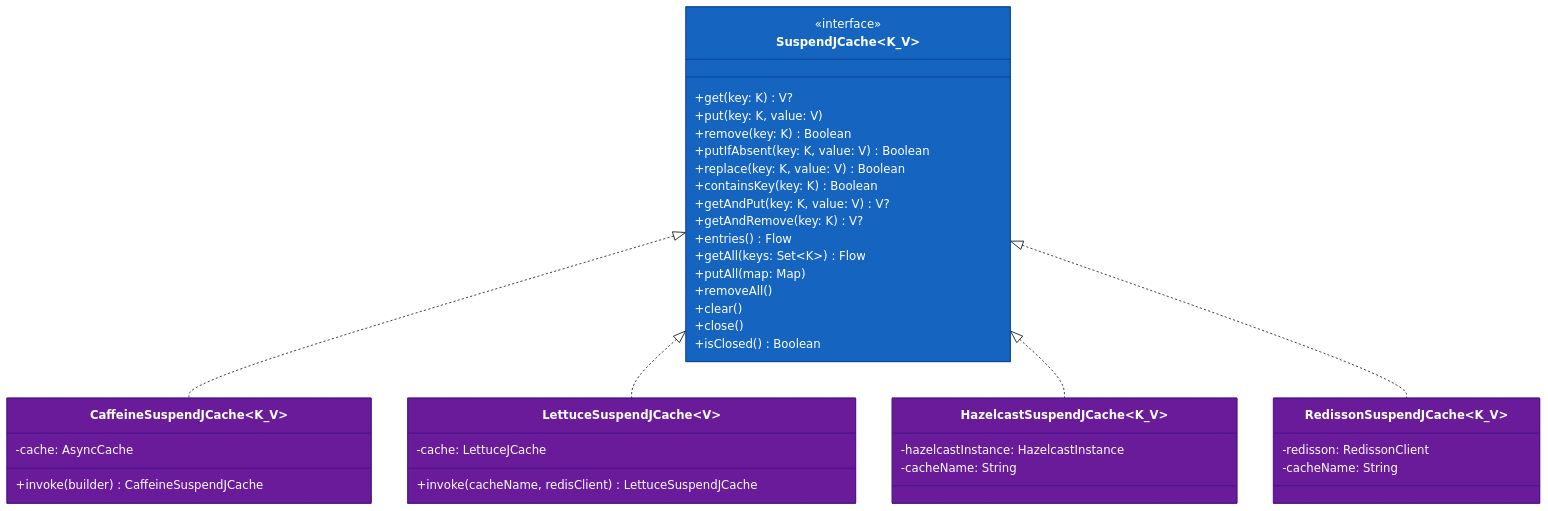
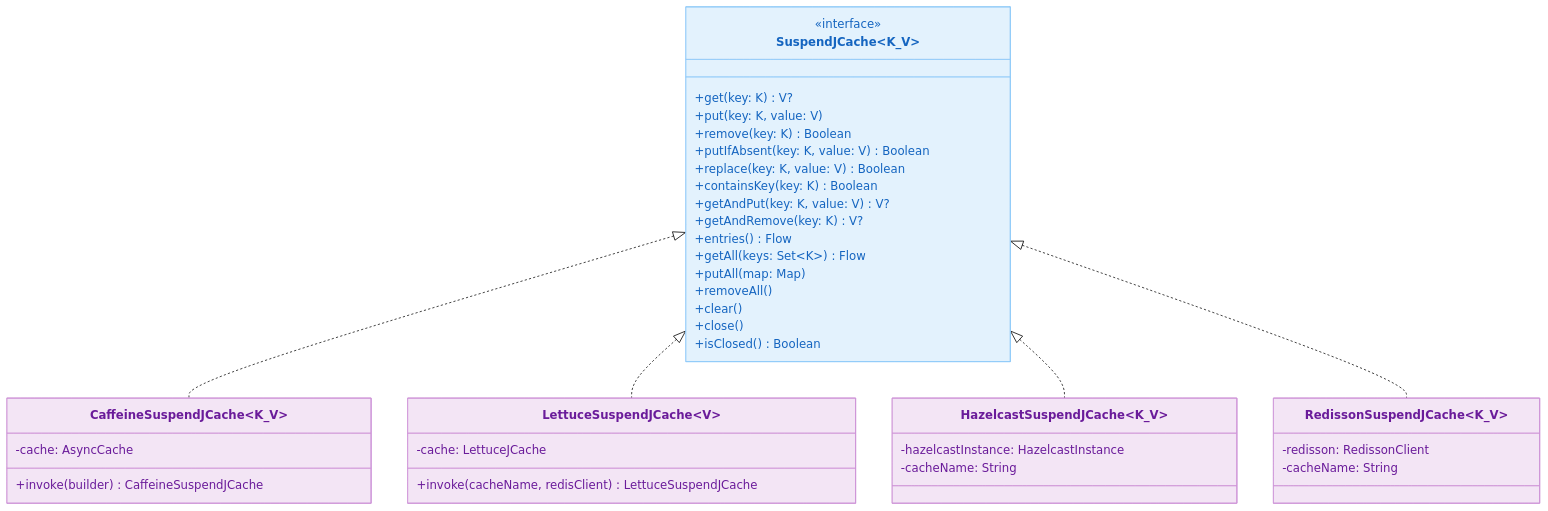
One commit to bluetape4k/bluetape4k-projects changed the fifth of 7 diagrams in infra/cache-core/README.ko.md. Above: the diagram before and after it, drawn with Mermaid (forest theme). The commit also changed other lines of this file and 219 other files, not shown here.

First line of the commit message:
docs: 전체 README Mermaid 다이어그램 가이드 적용

````diff
--- a/infra/cache-core/README.ko.md
+++ b/infra/cache-core/README.ko.md
@@ -221,52 +209,52 @@
 ```mermaid
 classDiagram
     class SuspendJCache~K_V~ {
         <<interface>>
         +get(key: K) V?
         +put(key: K, value: V)
         +remove(key: K) Boolean
         +putIfAbsent(key: K, value: V) Boolean
         +replace(key: K, value: V) Boolean
         +containsKey(key: K) Boolean
         +getAndPut(key: K, value: V) V?
         +getAndRemove(key: K) V?
         +entries() Flow
         +getAll(keys: Set~K~) Flow
 +putAll(map: Map)
         +removeAll()
         +clear()
         +close()
         +isClosed() Boolean
     }
 
 class CaffeineSuspendJCache~K_V~ {
 -cache: AsyncCache
         +invoke(builder) CaffeineSuspendJCache
     }
 
     class LettuceSuspendJCache~V~ {
 -cache: LettuceJCache
         +invoke(cacheName, redisClient) LettuceSuspendJCache
     }
 
 class HazelcastSuspendJCache~K_V~ {
         -hazelcastInstance: HazelcastInstance
         -cacheName: String
     }
 
 class RedissonSuspendJCache~K_V~ {
         -redisson: RedissonClient
         -cacheName: String
     }
 
 SuspendJCache <|.. CaffeineSuspendJCache
 SuspendJCache <|.. LettuceSuspendJCache
 SuspendJCache <|.. HazelcastSuspendJCache
 SuspendJCache <|.. RedissonSuspendJCache
 
-    style SuspendJCache fill:#1565C0,stroke:#0D47A1,color:#FFFFFF
-    style CaffeineSuspendJCache fill:#6A1B9A,stroke:#4A148C,color:#FFFFFF
-    style LettuceSuspendJCache fill:#6A1B9A,stroke:#4A148C,color:#FFFFFF
-    style HazelcastSuspendJCache fill:#6A1B9A,stroke:#4A148C,color:#FFFFFF
-    style RedissonSuspendJCache fill:#6A1B9A,stroke:#4A148C,color:#FFFFFF
+    style SuspendJCache fill:#E3F2FD,stroke:#90CAF9,color:#1565C0
+    style CaffeineSuspendJCache fill:#F3E5F5,stroke:#CE93D8,color:#6A1B9A
+    style LettuceSuspendJCache fill:#F3E5F5,stroke:#CE93D8,color:#6A1B9A
+    style HazelcastSuspendJCache fill:#F3E5F5,stroke:#CE93D8,color:#6A1B9A
+    style RedissonSuspendJCache fill:#F3E5F5,stroke:#CE93D8,color:#6A1B9A
 ```
````
